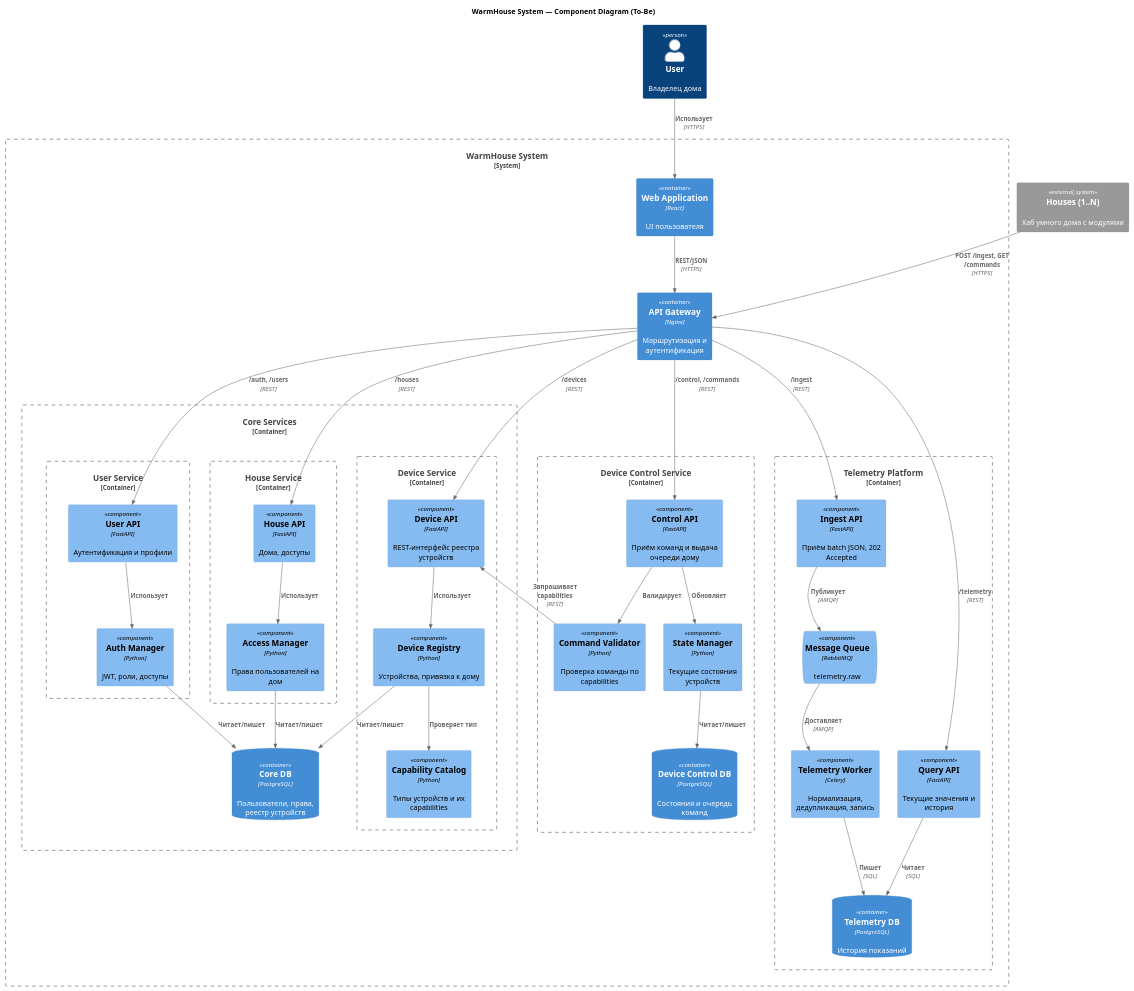
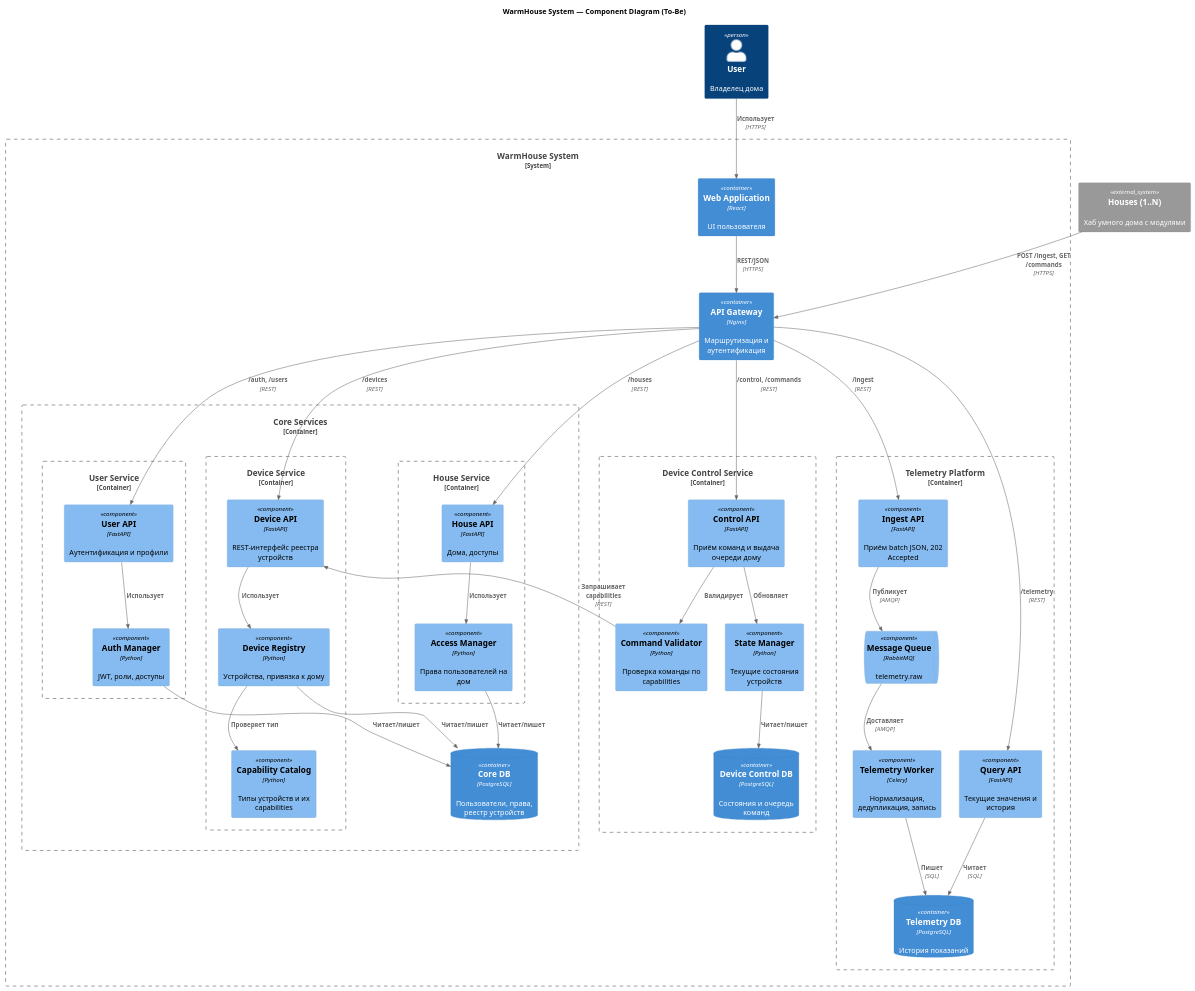
Before and after one commit to gadtakoi/architecture-pro-warmhouse: the diagram in diagrams/Task_2_Components.puml, drawn with PlantUML.

Commit message:
Fix Task 2 components +

```diff
--- a/diagrams/Task_2_Components.puml
+++ b/diagrams/Task_2_Components.puml
@@ -1,84 +1,86 @@
 @startuml
 title WarmHouse System — Component Diagram (To-Be)
 
 !include ../vendor/C4-PlantUML/C4_Component.puml
 
 Person(user, "User", "Владелец дома")
 System_Ext(houses, "Houses (1..N)", "Хаб умного дома с модулями")
 
 System_Boundary(warmhouse, "WarmHouse System") {
 
   Container(WebApp, "Web Application", "React", "UI пользователя")
   Container(ApiGateway, "API Gateway", "Nginx", "Маршрутизация и аутентификация")
 
   Container_Boundary(coreServices, "Core Services") {
     Container_Boundary(userService, "User Service") {
       Component(UserApi, "User API", "FastAPI", "Аутентификация и профили")
       Component(AuthManager, "Auth Manager", "Python", "JWT, роли, доступы")
     }
 
     Container_Boundary(houseService, "House Service") {
       Component(HouseApi, "House API", "FastAPI", "Дома, доступы")
       Component(AccessManager, "Access Manager", "Python", "Права пользователей на дом")
     }
 
     Container_Boundary(deviceService, "Device Service") {
       Component(DeviceApi, "Device API", "FastAPI", "REST-интерфейс реестра устройств")
       Component(DeviceRegistry, "Device Registry", "Python", "Устройства, привязка к дому")
       Component(CapabilityCatalog, "Capability Catalog", "Python", "Типы устройств и их capabilities")
     }
 
     ContainerDb(CoreDb, "Core DB", "PostgreSQL", "Пользователи, права, реестр устройств")
   }
 
   Container_Boundary(controlService, "Device Control Service") {
     Component(ControlApi, "Control API", "FastAPI", "Приём команд и выдача очереди дому")
     Component(CommandValidator, "Command Validator", "Python", "Проверка команды по capabilities")
     Component(StateManager, "State Manager", "Python", "Текущие состояния устройств")
     ContainerDb(ControlDb, "Device Control DB", "PostgreSQL", "Состояния и очередь команд")
   }
 
   Container_Boundary(telemetry, "Telemetry Platform") {
     Component(IngestApi, "Ingest API", "FastAPI", "Приём batch JSON, 202 Accepted")
     ComponentQueue(Queue, "Message Queue", "RabbitMQ", "telemetry.raw")
     Component(TelemetryWorker, "Telemetry Worker", "Celery", "Нормализация, дедупликация, запись")
     Component(QueryApi, "Query API", "FastAPI", "Текущие значения и история")
     ContainerDb(TelemetryDb, "Telemetry DB", "PostgreSQL", "История показаний")
   }
 }
 
 Rel(user, WebApp, "Использует", "HTTPS")
 Rel(WebApp, ApiGateway, "REST/JSON", "HTTPS")
 Rel(houses, ApiGateway, "POST /ingest, GET /commands", "HTTPS")
 
 Rel(ApiGateway, UserApi, "/auth, /users", "REST")
 Rel(ApiGateway, HouseApi, "/houses", "REST")
 Rel(ApiGateway, DeviceApi, "/devices", "REST")
 Rel(ApiGateway, ControlApi, "/control, /commands", "REST")
 Rel(ApiGateway, IngestApi, "/ingest", "REST")
 Rel(ApiGateway, QueryApi, "/telemetry", "REST")
 
 Rel(UserApi, AuthManager, "Использует")
 Rel(AuthManager, CoreDb, "Читает/пишет")
 Rel(HouseApi, AccessManager, "Использует")
 Rel(AccessManager, CoreDb, "Читает/пишет")
 
 Rel(DeviceApi, DeviceRegistry, "Использует")
 Rel(DeviceRegistry, CapabilityCatalog, "Проверяет тип")
 Rel(DeviceRegistry, CoreDb, "Читает/пишет")
 
 Rel(ControlApi, CommandValidator, "Валидирует")
 Rel(CommandValidator, DeviceApi, "Запрашивает capabilities", "REST")
 Rel(ControlApi, StateManager, "Обновляет")
 Rel(StateManager, ControlDb, "Читает/пишет")
 
 Rel(IngestApi, Queue, "Публикует", "AMQP")
 Rel(Queue, TelemetryWorker, "Доставляет", "AMQP")
 Rel(TelemetryWorker, TelemetryDb, "Пишет", "SQL")
 Rel(QueryApi, TelemetryDb, "Читает", "SQL")
 
 Lay_R(userService, houseService)
 Lay_R(houseService, deviceService)
+Lay_R(deviceService, CoreDb)
+Lay_D(coreServices, CoreDb)
 Lay_R(coreServices, controlService)
 Lay_R(controlService, telemetry)
 @enduml
```
